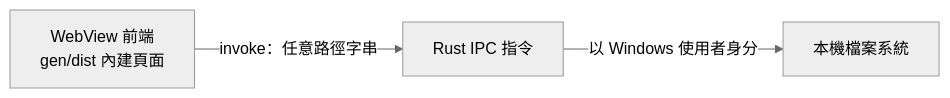
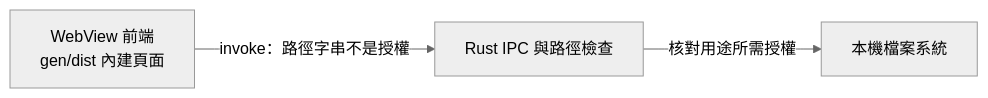
Before and after one commit to cornercookie/CookieSincraft: the diagram in Agents/user-permissions.md, drawn with Mermaid (neutral theme). The commit also changed other lines of this file and 60 other files, not shown here.

````diff
--- a/Agents/user-permissions.md
+++ b/Agents/user-permissions.md
@@ -17,5 +17,5 @@
 ```mermaid
 flowchart LR
-    ui["WebView 前端<br/>gen/dist 內建頁面"] -->|"invoke：任意路徑字串"| ipc["Rust IPC 指令"]
-    ipc -->|"以 Windows 使用者身分"| fs["本機檔案系統"]
+    ui["WebView 前端<br/>gen/dist 內建頁面"] -->|"invoke：路徑字串不是授權"| ipc["Rust IPC 與路徑檢查"]
+    ipc -->|"核對用途所需授權"| fs["本機檔案系統"]
 ```
````
